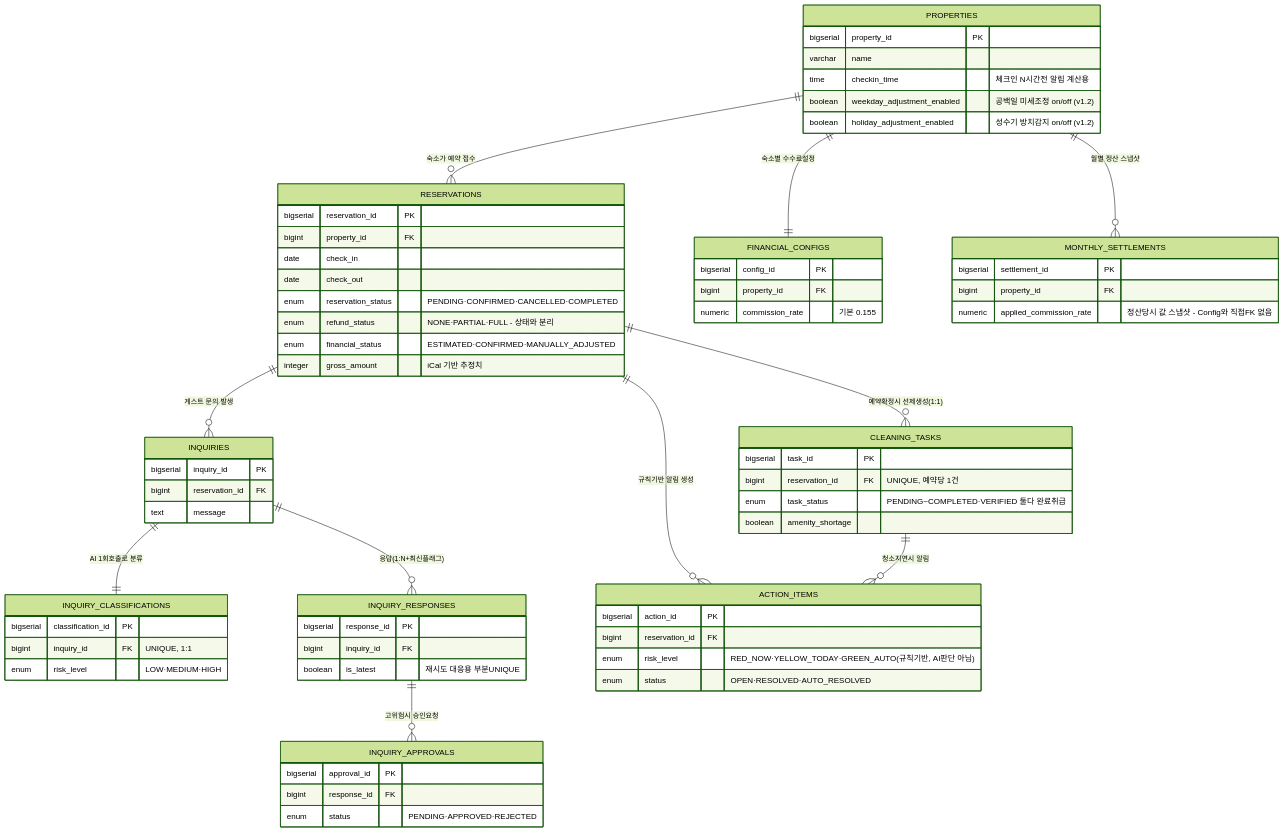
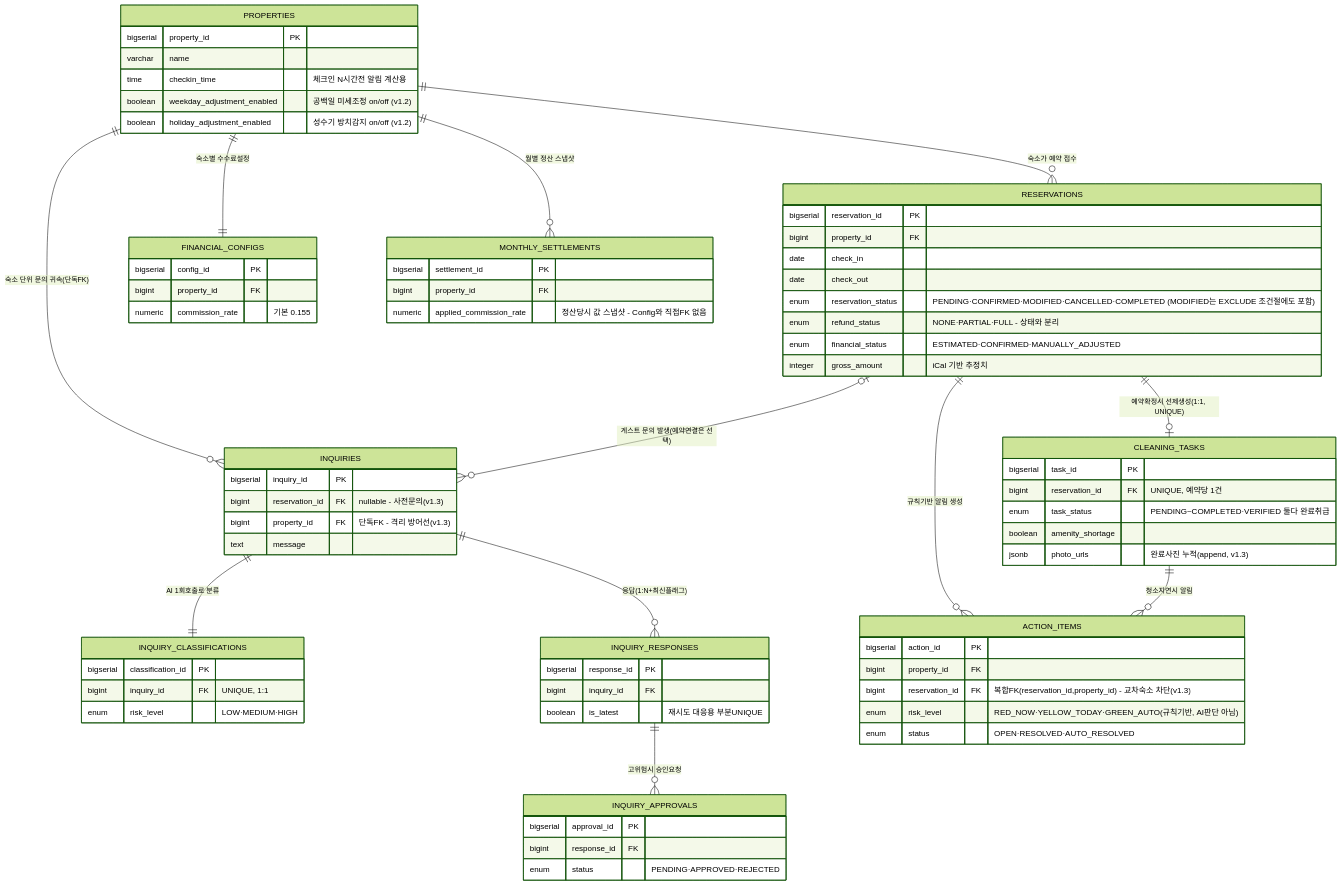
One commit to newrace4-arch/Host-ON-AI changed the third of 3 diagrams in docs/erd.md. Above: the diagram before and after it, drawn with Mermaid (forest theme). The commit also changed other lines of this file and 5 other files, not shown here.

Commit message:
docs: 1단계 검증 완료 - DB명세서 v1.3(스키마 4건 변경), ERD 컬럼 25개 보충, API Contract v1.6, 9/5 지시서 v1.2 필드 보완

````diff
--- a/docs/erd.md
+++ b/docs/erd.md
@@ -328,73 +360,77 @@
 ```mermaid
 erDiagram
   PROPERTIES ||--o{ RESERVATIONS : "숙소가 예약 접수"
-  RESERVATIONS ||--o{ CLEANING_TASKS : "예약확정시 선제생성(1:1)"
-  RESERVATIONS ||--o{ INQUIRIES : "게스트 문의 발생"
+  RESERVATIONS ||--o| CLEANING_TASKS : "예약확정시 선제생성(1:1, UNIQUE)"
+  PROPERTIES ||--o{ INQUIRIES : "숙소 단위 문의 귀속(단독FK)"
+  RESERVATIONS |o--o{ INQUIRIES : "게스트 문의 발생(예약연결은 선택)"
   INQUIRIES ||--|| INQUIRY_CLASSIFICATIONS : "AI 1회호출로 분류"
   INQUIRIES ||--o{ INQUIRY_RESPONSES : "응답(1:N+최신플래그)"
   INQUIRY_RESPONSES ||--o{ INQUIRY_APPROVALS : "고위험시 승인요청"
   PROPERTIES ||--|| FINANCIAL_CONFIGS : "숙소별 수수료설정"
   PROPERTIES ||--o{ MONTHLY_SETTLEMENTS : "월별 정산 스냅샷"
   RESERVATIONS ||--o{ ACTION_ITEMS : "규칙기반 알림 생성"
   CLEANING_TASKS ||--o{ ACTION_ITEMS : "청소지연시 알림"
 
   PROPERTIES {
     bigserial property_id PK
     varchar name
     time checkin_time "체크인 N시간전 알림 계산용"
     boolean weekday_adjustment_enabled "공백일 미세조정 on/off (v1.2)"
     boolean holiday_adjustment_enabled "성수기 방치감지 on/off (v1.2)"
   }
   RESERVATIONS {
     bigserial reservation_id PK
     bigint property_id FK
     date check_in
     date check_out
-    enum reservation_status "PENDING·CONFIRMED·CANCELLED·COMPLETED"
+    enum reservation_status "PENDING·CONFIRMED·MODIFIED·CANCELLED·COMPLETED (MODIFIED는 EXCLUDE 조건절에도 포함)"
     enum refund_status "NONE·PARTIAL·FULL - 상태와 분리"
     enum financial_status "ESTIMATED·CONFIRMED·MANUALLY_ADJUSTED"
     integer gross_amount "iCal 기반 추정치"
   }
   CLEANING_TASKS {
     bigserial task_id PK
     bigint reservation_id FK "UNIQUE, 예약당 1건"
     enum task_status "PENDING~COMPLETED·VERIFIED 둘다 완료취급"
     boolean amenity_shortage
+    jsonb photo_urls "완료사진 누적(append, v1.3)"
   }
   INQUIRIES {
     bigserial inquiry_id PK
-    bigint reservation_id FK
+    bigint reservation_id FK "nullable - 사전문의(v1.3)"
+    bigint property_id FK "단독FK - 격리 방어선(v1.3)"
     text message
   }
   INQUIRY_CLASSIFICATIONS {
     bigserial classification_id PK
     bigint inquiry_id FK "UNIQUE, 1:1"
     enum risk_level "LOW·MEDIUM·HIGH"
   }
   INQUIRY_RESPONSES {
     bigserial response_id PK
     bigint inquiry_id FK
     boolean is_latest "재시도 대응용 부분UNIQUE"
   }
   INQUIRY_APPROVALS {
     bigserial approval_id PK
     bigint response_id FK
     enum status "PENDING·APPROVED·REJECTED"
   }
   FINANCIAL_CONFIGS {
     bigserial config_id PK
     bigint property_id FK
     numeric commission_rate "기본 0.155"
   }
   MONTHLY_SETTLEMENTS {
     bigserial settlement_id PK
     bigint property_id FK
     numeric applied_commission_rate "정산당시 값 스냅샷 - Config와 직접FK 없음"
   }
   ACTION_ITEMS {
     bigserial action_id PK
-    bigint reservation_id FK
+    bigint property_id FK
+    bigint reservation_id FK "복합FK(reservation_id,property_id) - 교차숙소 차단(v1.3)"
     enum risk_level "RED_NOW·YELLOW_TODAY·GREEN_AUTO(규칙기반, AI판단 아님)"
     enum status "OPEN·RESOLVED·AUTO_RESOLVED"
   }
 ```
````
